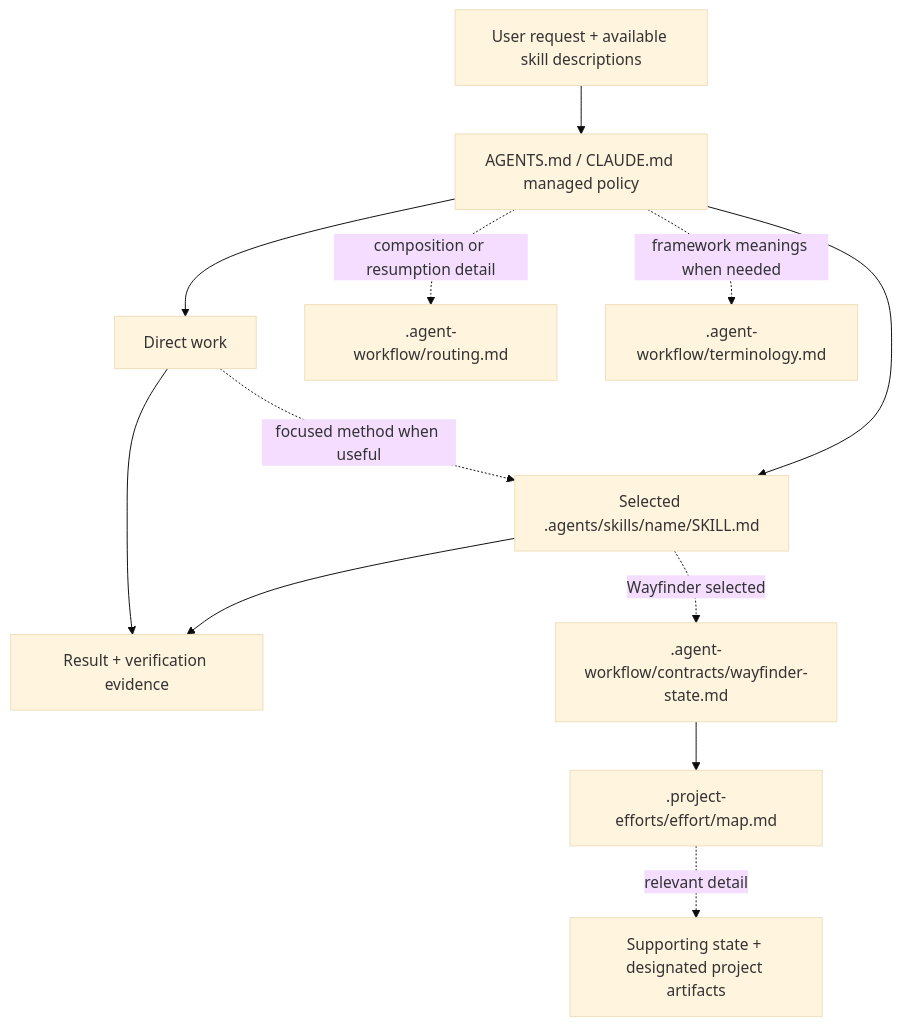
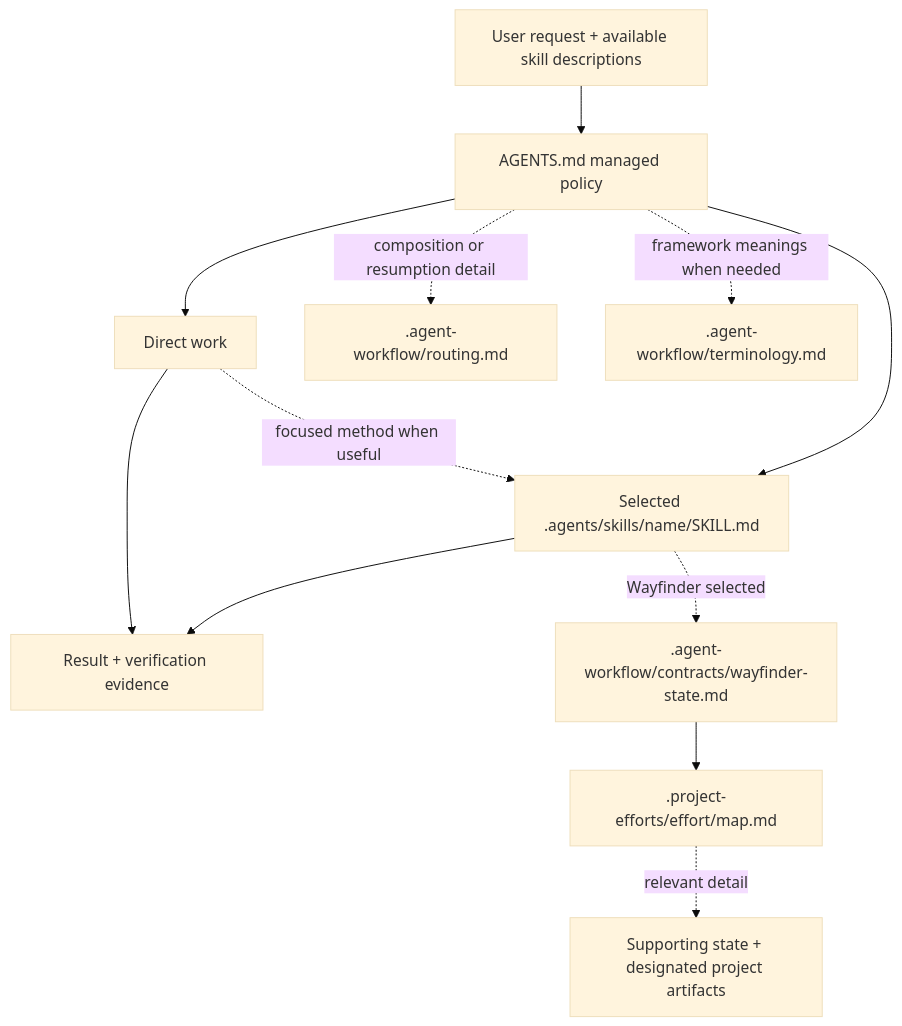
Before and after one commit to jimmfan/agentic-workflow: the diagram in docs/architecture.md, drawn with Mermaid (base theme). The commit also changed other lines of this file and 18 other files, not shown here.

First line of the commit message:
Remove managed Claude root policy integration

````diff
--- a/docs/architecture.md
+++ b/docs/architecture.md
@@ -11,14 +11,14 @@
 ```mermaid
 flowchart TD
-    request["User request + available skill descriptions"] --> root["AGENTS.md / CLAUDE.md managed policy"]
+    request["User request + available skill descriptions"] --> root["AGENTS.md managed policy"]
     root --> direct["Direct work"]
     root --> method["Selected .agents/skills/name/SKILL.md"]
     direct -. focused method when useful .-> method
     root -. composition or resumption detail .-> routing[".agent-workflow/routing.md"]
     root -. framework meanings when needed .-> terms[".agent-workflow/terminology.md"]
     method --> result["Result + verification evidence"]
     direct --> result
     method -. Wayfinder selected .-> contract[".agent-workflow/contracts/wayfinder-state.md"]
     contract --> map[".project-efforts/effort/map.md"]
     map -. relevant detail .-> artifacts["Supporting state + designated project artifacts"]
 ```
````
